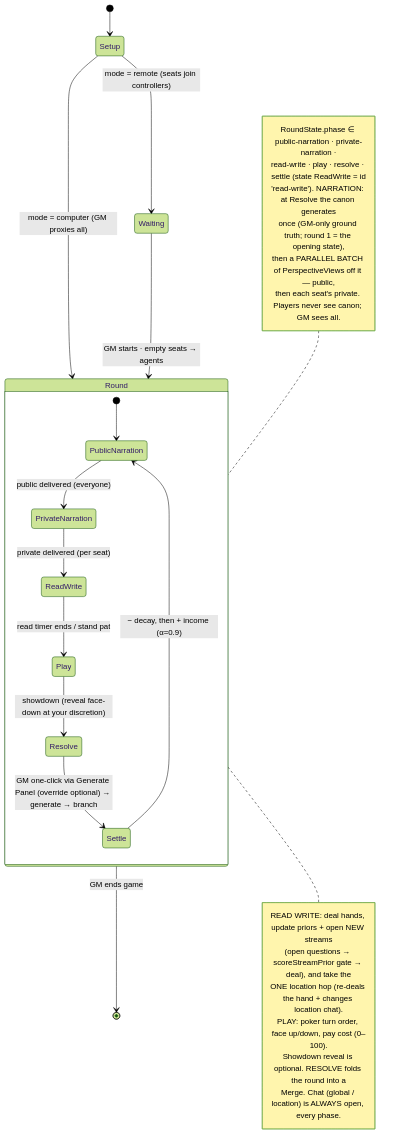
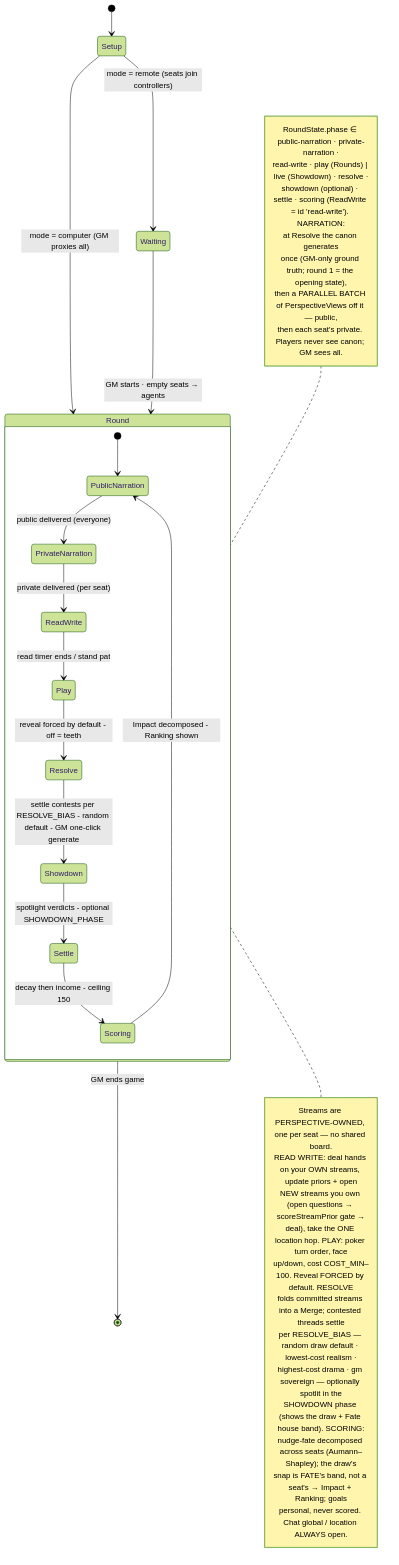
Before and after one commit to jasonyu0100/meridians: the eighth of 8 diagrams in MERMAID.md, drawn with Mermaid (forest theme). The commit also changed other lines of this file and 1 other file, not shown here.

Commit message:
CONCEPT/MERMAID: Conviction (A4) spec revision — variants, scoring, economy, resolution
- Two variants: Rounds (poker turn order) / Showdown (real-time LIVE window) + optional SHOWDOWN spotlight phase
- Threads-as-quests + Fate-Impact scoring replaces betting; goals are personal trackers, never scored
- Scoring math: conviction->logit exchange rate (EVIDENCE_GAIN), Aumann-Shapley over the nudge phase, Fate "house band" owns the draw snap (random mode score-safe)
- Economy calibrated: START 50 / INCOME 25 / DECAY 5/6, hoard ceiling 150 = dearest possible play (max card x facedown premium)
- RESOLVE_BIAS (random default / lowest-cost / highest-cost / gm) + fair random-draw logic drawn from the nudged stance p
- Streams are one-perspective (member-owned); contention resolves at the merge, never on a shared stream
- Forced reveal + priced concealment; the prior framed as communication with the AI (legible reasoning makes long-shots cheap)
- Timing tweaks (presentation phases short, deliberation long); MERMAID section 8 updated to match

````diff
--- a/MERMAID.md
+++ b/MERMAID.md
@@ -256,35 +256,44 @@
 ```mermaid
 stateDiagram-v2
     [*] --> Setup
     Setup --> Waiting: mode = remote (seats join controllers)
     Setup --> Round: mode = computer (GM proxies all)
     Waiting --> Round: GM starts · empty seats → agents
 
     state Round {
         [*] --> PublicNarration
         PublicNarration --> PrivateNarration: public delivered (everyone)
         PrivateNarration --> ReadWrite: private delivered (per seat)
         ReadWrite --> Play: read timer ends / stand pat
-        Play --> Resolve: showdown (reveal face-down at your discretion)
-        Resolve --> Settle: GM one-click via Generate Panel (override optional) → generate → branch
-        Settle --> PublicNarration: − decay, then + income (α=0.9)
+        Play --> Resolve: reveal forced by default - off = teeth
+        Resolve --> Showdown: settle contests per RESOLVE_BIAS - random default - GM one-click generate
+        Showdown --> Settle: spotlight verdicts - optional SHOWDOWN_PHASE
+        Settle --> Scoring: decay then income - ceiling 150
+        Scoring --> PublicNarration: Impact decomposed - Ranking shown
     }
     Round --> [*]: GM ends game
 
     note left of Round
       RoundState.phase ∈ public-narration · private-narration ·
-      read-write · play · resolve · settle (state ReadWrite = id
-      'read-write'). NARRATION: at Resolve the canon generates
+      read-write · play (Rounds) | live (Showdown) · resolve ·
+      showdown (optional) · settle · scoring (ReadWrite = id 'read-write'). NARRATION:
+      at Resolve the canon generates
       once (GM-only ground truth; round 1 = the opening state),
       then a PARALLEL BATCH of PerspectiveViews off it — public,
       then each seat's private. Players never see canon; GM sees all.
     end note
     note right of Round
-      READ WRITE: deal hands, update priors + open NEW streams
-      (open questions → scoreStreamPrior gate → deal), and take the
-      ONE location hop (re-deals the hand + changes location chat).
-      PLAY: poker turn order, face up/down, pay cost (0–100).
-      Showdown reveal is optional. RESOLVE folds the round into a
-      Merge. Chat (global / location) is ALWAYS open, every phase.
+      Streams are PERSPECTIVE-OWNED, one per seat — no shared board.
+      READ WRITE: deal hands on your OWN streams, update priors + open
+      NEW streams you own (open questions → scoreStreamPrior gate →
+      deal), take the ONE location hop. PLAY: poker turn order, face
+      up/down, cost COST_MIN–100. Reveal FORCED by default. RESOLVE
+      folds committed streams into a Merge; contested threads settle
+      per RESOLVE_BIAS — random draw default · lowest-cost realism ·
+      highest-cost drama · gm sovereign — optionally spotlit in the
+      SHOWDOWN phase (shows the draw + Fate house band). SCORING:
+      nudge-fate decomposed across seats (Aumann–Shapley); the draw's
+      snap is FATE's band, not a seat's → Impact + Ranking; goals
+      personal, never scored. Chat global / location ALWAYS open.
     end note
 ```
````
